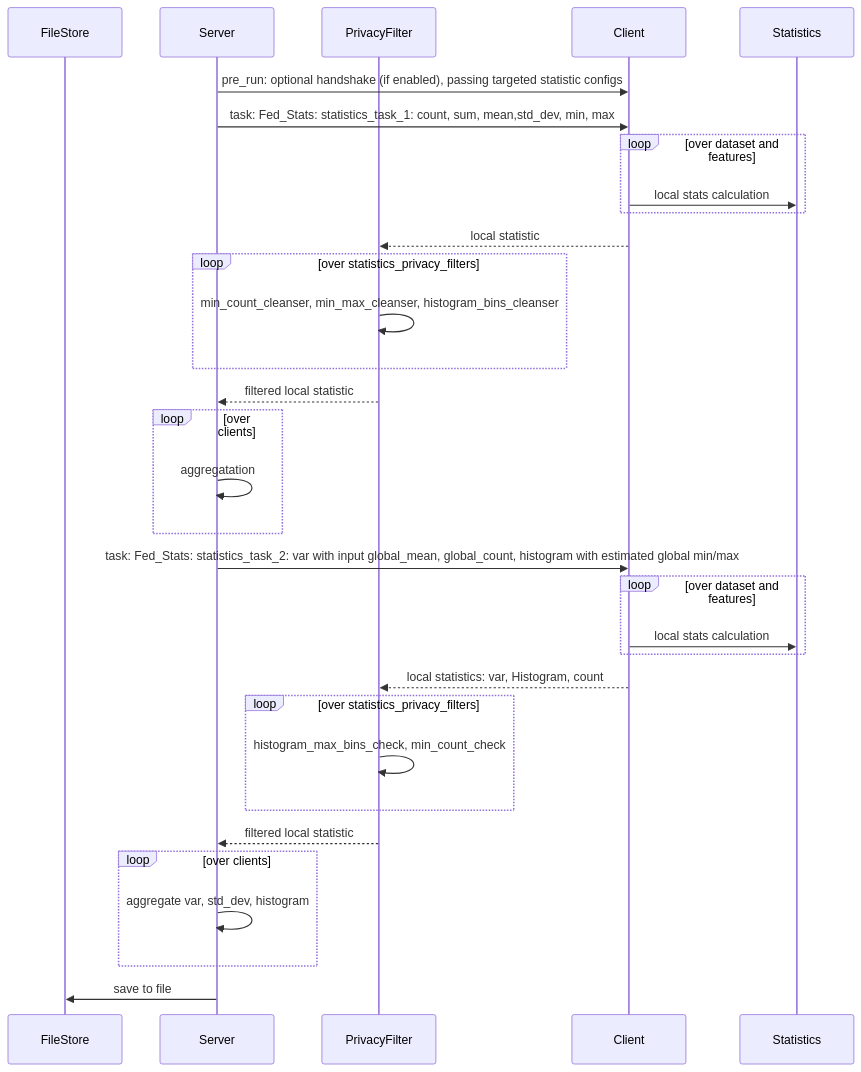
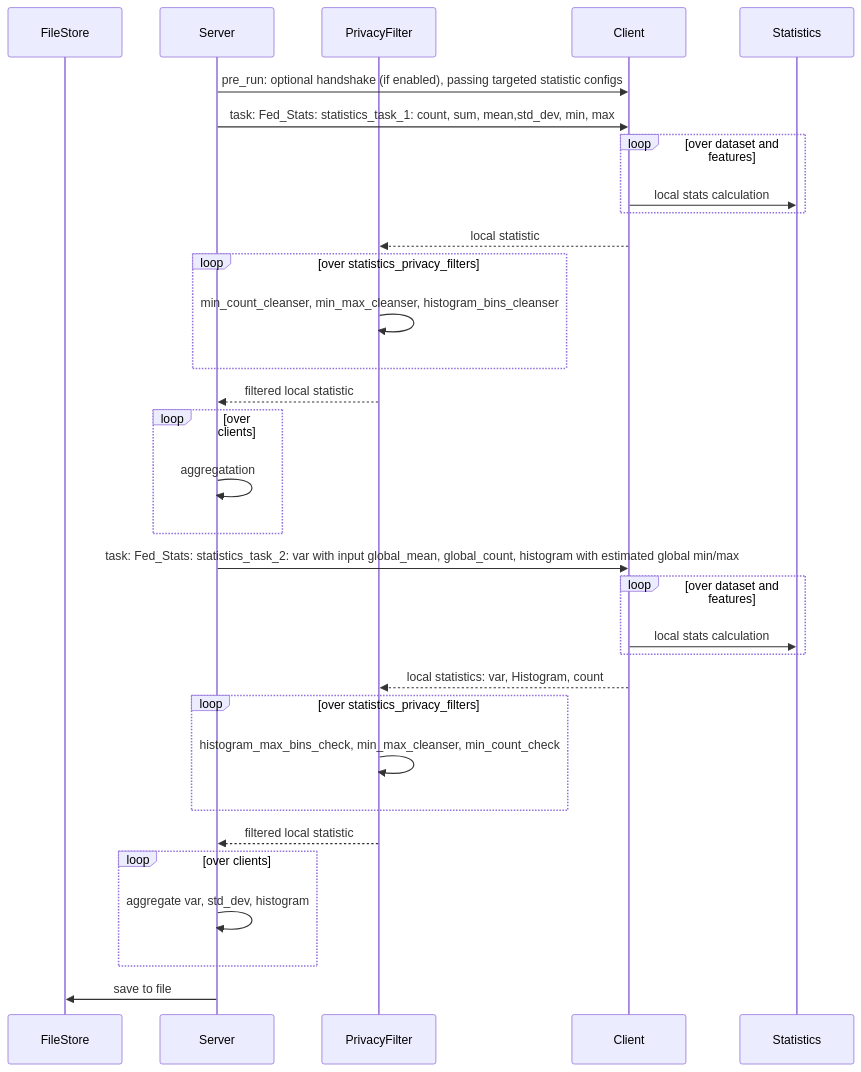
The diagram in examples/federated_statistics/README.md (NVIDIA/NVFlare), drawn with Mermaid before and after one commit.

Commit message:
update sequence diagram

````diff
--- a/examples/federated_statistics/README.md
+++ b/examples/federated_statistics/README.md
@@ -28,35 +28,35 @@
 ```mermaid
  
 sequenceDiagram
     participant FileStore
     participant Server
     participant PrivacyFilter
     participant Client
     participant Statistics
     Server->>Client: pre_run: optional handshake (if enabled), passing targeted statistic configs
     Server->>Client: task: Fed_Stats: statistics_task_1: count, sum, mean,std_dev, min, max 
     loop over dataset and features
        Client->>Statistics: local stats calculation
     end
     Client-->>PrivacyFilter: local statistic
      loop over statistics_privacy_filters
         PrivacyFilter->>PrivacyFilter: min_count_cleanser, min_max_cleanser, histogram_bins_cleanser
     end
     PrivacyFilter-->>Server: filtered local statistic
     loop over clients
         Server->>Server: aggregatation
     end
     Server->>Client:  task: Fed_Stats: statistics_task_2: var with input global_mean, global_count, histogram with estimated global min/max
     loop over dataset and features
        Client->>Statistics: local stats calculation
     end
     Client-->>PrivacyFilter: local statistics: var, Histogram, count
     loop over statistics_privacy_filters
-        PrivacyFilter->>PrivacyFilter: histogram_max_bins_check, min_count_check
+        PrivacyFilter->>PrivacyFilter: histogram_max_bins_check, min_max_cleanser, min_count_check
     end
     PrivacyFilter-->>Server: filtered local statistic    
     loop over clients
         Server->>Server: aggregate var, std_dev, histogram
     end
     Server->>FileStore: save to file
 ```
````
